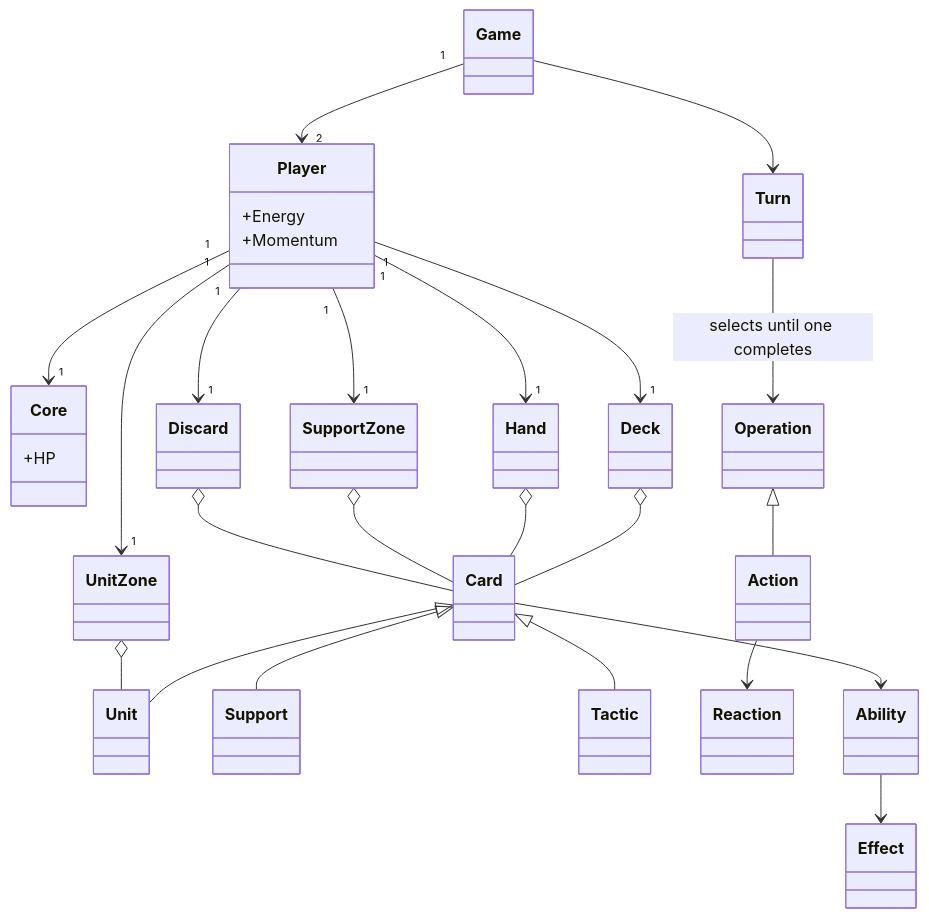
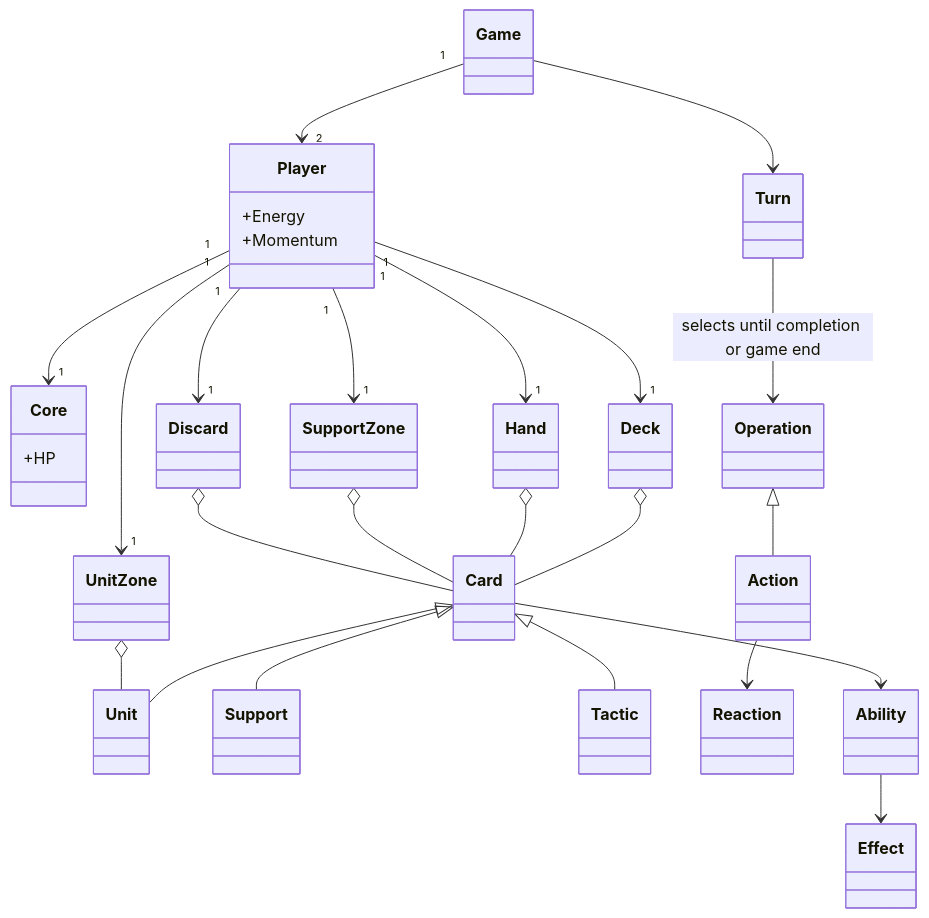
Before and after one commit to kjun1/card-game: the diagram in docs/model/domain-model.md, drawn with Mermaid. The commit also changed other lines of this file and 27 other files, not shown here.

```diff
--- a/docs/model/domain-model.md
+++ b/docs/model/domain-model.md
@@ -9,51 +9,51 @@
 ~~~mermaid
 classDiagram
     class Game
     class Player {
       +Energy
       +Momentum
     }
     class Core {
       +HP
     }
     class Deck
     class Hand
     class UnitZone
     class SupportZone
     class Discard
     class Card
     class Unit
     class Support
     class Tactic
     class Turn
     class Operation
     class Action
     class Reaction
     class Ability
     class Effect
 
     Game "1" --> "2" Player
     Player "1" --> "1" Core
     Player "1" --> "1" Deck
     Player "1" --> "1" Hand
     Player "1" --> "1" UnitZone
     Player "1" --> "1" SupportZone
     Player "1" --> "1" Discard
 
     Card <|-- Unit
     Card <|-- Support
     Card <|-- Tactic
 
     Deck o-- Card
     Hand o-- Card
     UnitZone o-- Unit
     SupportZone o-- Card
     Discard o-- Card
 
     Game --> Turn
-    Turn --> Operation : selects until one completes
+    Turn --> Operation : selects until completion or game end
     Operation <|-- Action
     Action --> Reaction
     Card --> Ability
     Ability --> Effect
 ~~~
```
